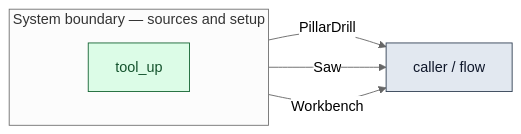
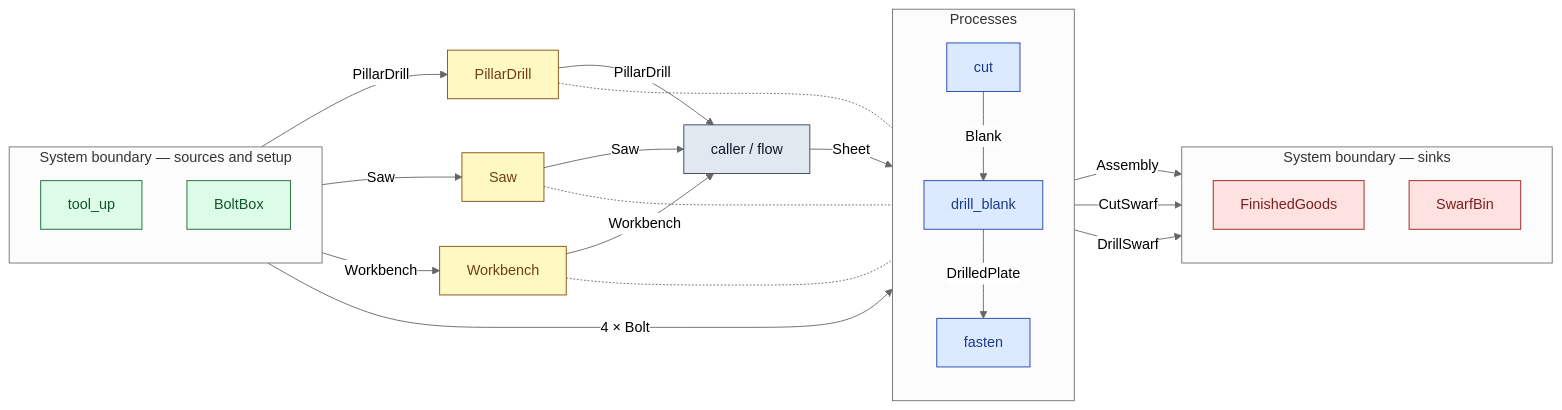
Before and after one commit to twalmsley/lavoisier: the diagram in docs/diagrams/cs4-line/top-level.md, drawn with Mermaid (neutral theme). The commit also changed other lines of this file and 202 other files, not shown here.

````diff
--- a/docs/diagrams/cs4-line/top-level.md
+++ b/docs/diagrams/cs4-line/top-level.md
@@ -7,21 +7,58 @@
 ```mermaid
 flowchart LR
   classDef process fill:#dbeafe,stroke:#1e40af,color:#1e3a8a;
   classDef boundary fill:#dcfce7,stroke:#166534,color:#14532d;
   classDef sink fill:#fee2e2,stroke:#991b1b,color:#7f1d1d;
   classDef helper fill:#f3e8ff,stroke:#6b21a8,color:#581c87;
   classDef grouping fill:#ffedd5,stroke:#9a3412,color:#7c2d12;
   classDef flowio fill:#e2e8f0,stroke:#334155,color:#0f172a;
   classDef resource fill:#fef9c3,stroke:#854d0e,color:#713f12;
   classDef external fill:#dcfce7,stroke:#166534,color:#14532d;
   classDef system fill:#dbeafe,stroke:#1e40af,color:#1e3a8a;
   subgraph sg_sources["System boundary — sources and setup"]
     direction TB
     n_tool_up["tool_up"]:::boundary
+    n_BoltBox["BoltBox"]:::boundary
   end
+  subgraph sg_system["Processes"]
+    direction TB
+    n_cut["cut"]:::process
+    n_drill_blank["drill_blank"]:::process
+    n_fasten["fasten"]:::process
+  end
+  subgraph sg_sinks["System boundary — sinks"]
+    direction TB
+    n_FinishedGoods["FinishedGoods"]:::sink
+    n_SwarfBin["SwarfBin"]:::sink
+  end
+  n_PillarDrill["PillarDrill"]:::resource
   n_caller["caller / flow"]:::flowio
-  n_tool_up -- "PillarDrill" --> n_caller
-  n_tool_up -- "Saw" --> n_caller
-  n_tool_up -- "Workbench" --> n_caller
+  n_Saw["Saw"]:::resource
+  n_Workbench["Workbench"]:::resource
+  n_fasten -- "Assembly" --> n_FinishedGoods
+  n_cut -- "Blank" --> n_drill_blank
+  n_drill_blank -- "DrilledPlate" --> n_fasten
+  n_tool_up -- "PillarDrill" --> n_PillarDrill
+  n_PillarDrill -- "PillarDrill" --> n_caller
+  n_tool_up -- "Saw" --> n_Saw
+  n_Saw -- "Saw" --> n_caller
+  n_caller -- "Sheet" --> n_cut
+  n_tool_up -- "Workbench" --> n_Workbench
+  n_Workbench -- "Workbench" --> n_caller
+  n_cut -- "CutSwarf" --> n_SwarfBin
+  n_drill_blank -- "DrillSwarf" --> n_SwarfBin
+  n_BoltBox -- "4 × Bolt" --> n_fasten
+  n_Saw -.- n_cut
+  n_PillarDrill -.- n_drill_blank
+  n_Workbench -.- n_fasten
+  click n_cut "https://github.com/twalmsley/lavoisier/blob/main/model/cs4-line/src/processes.rs#L34" "model/cs4-line/src/processes.rs"
+  click n_drill_blank "https://github.com/twalmsley/lavoisier/blob/main/model/cs4-line/src/processes.rs#L48" "model/cs4-line/src/processes.rs"
+  click n_fasten "https://github.com/twalmsley/lavoisier/blob/main/model/cs4-line/src/processes.rs#L69" "model/cs4-line/src/processes.rs"
+  click n_FinishedGoods "https://github.com/twalmsley/lavoisier/blob/main/model/cs4-stores/src/resources.rs#L475" "model/cs4-stores/src/resources.rs"
+  click n_PillarDrill "https://github.com/twalmsley/lavoisier/blob/main/model/cs4-line/src/resources.rs#L31" "model/cs4-line/src/resources.rs"
   click n_tool_up "https://github.com/twalmsley/lavoisier/blob/main/model/cs4-line/src/resources.rs#L128" "model/cs4-line/src/resources.rs"
+  click n_Saw "https://github.com/twalmsley/lavoisier/blob/main/model/cs4-line/src/resources.rs#L24" "model/cs4-line/src/resources.rs"
+  click n_Workbench "https://github.com/twalmsley/lavoisier/blob/main/model/cs4-line/src/resources.rs#L38" "model/cs4-line/src/resources.rs"
+  click n_SwarfBin "https://github.com/twalmsley/lavoisier/blob/main/model/cs4-line/src/resources.rs#L57" "model/cs4-line/src/resources.rs"
+  click n_BoltBox "https://github.com/twalmsley/lavoisier/blob/main/model/cs4-stores/src/resources.rs#L347" "model/cs4-stores/src/resources.rs"
 ```
````
